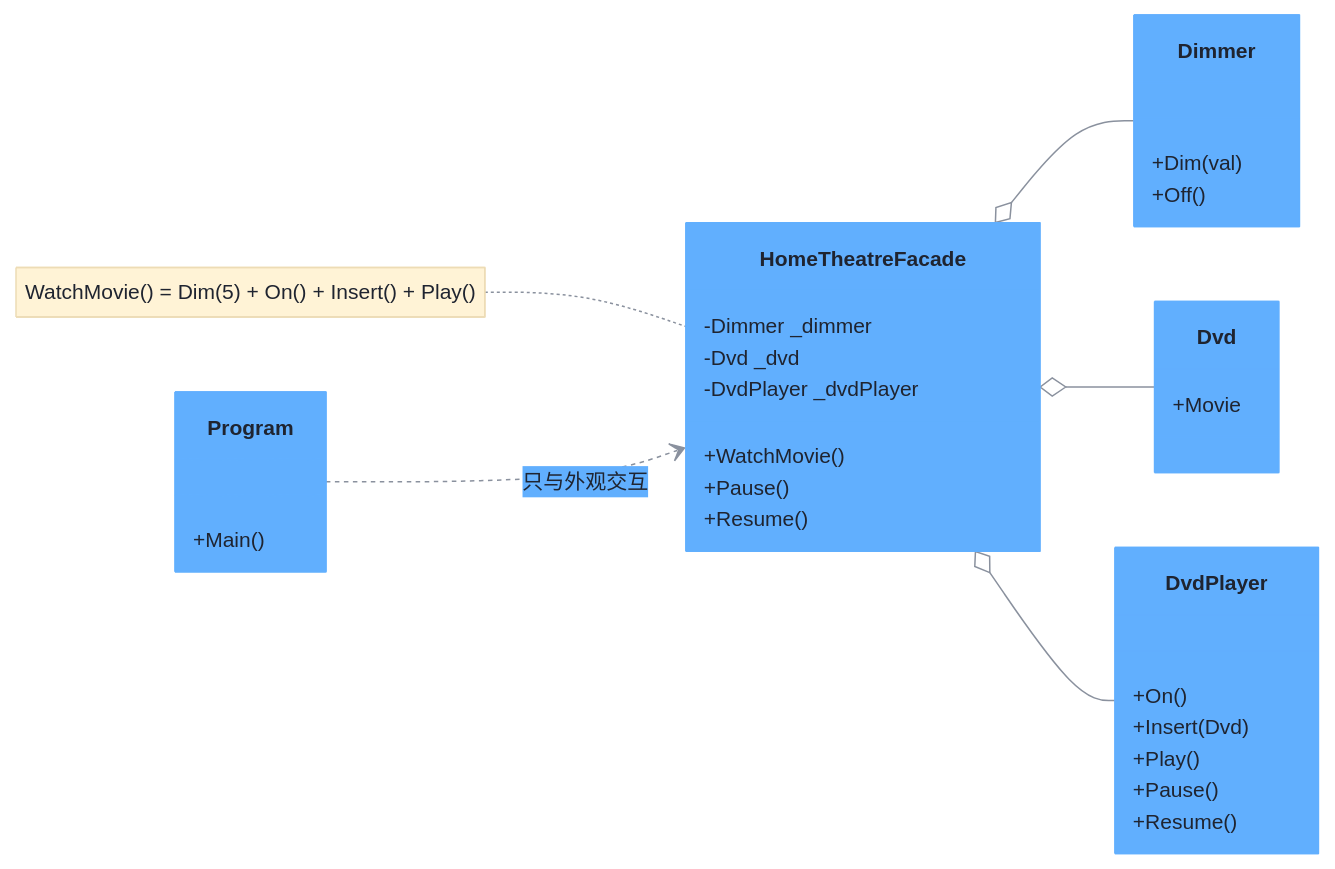
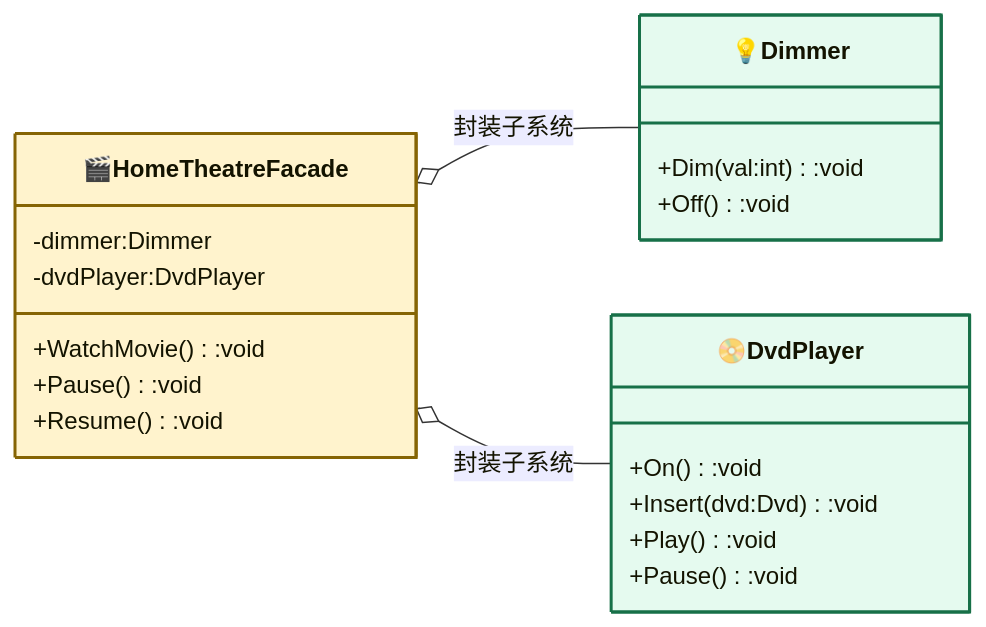
The diagram in FacadePattern/README.md (hollson/design_patterns), drawn with Mermaid before and after one commit. The commit also changed other lines of this file and 19 other files, not shown here.

Commit message:
docs: refactor mermaid diagrams to basic GoF model style for all 20 design patterns

````diff
--- a/FacadePattern/README.md
+++ b/FacadePattern/README.md
@@ -19,36 +30,30 @@
 ```mermaid
-%%{init: {"theme": "base", "themeVariables": {"primaryColor": "#61affe", "primaryTextColor": "#1f2430", "primaryBorderColor": "#61affe", "lineColor": "#8a919e", "secondaryColor": "#eaf2fb", "tertiaryColor": "#f5f7fa", "noteBkgColor": "#fff3d6", "noteTextColor": "#1f2430", "fontSize": "14px"}}}%%
+%%{init: {"classDiagram": {"useMarkdownLabels": true}} }%%
 classDiagram
     direction LR
-    class HomeTheatreFacade {
-        -Dimmer _dimmer
-        -Dvd _dvd
-        -DvdPlayer _dvdPlayer
-        +WatchMovie()
-        +Pause()
-        +Resume()
+
+    class Facade["🎬HomeTheatreFacade"]:::contextCls{
+        -dimmer:Dimmer
+        -dvdPlayer:DvdPlayer
+        +WatchMovie():void
+        +Pause():void
+        +Resume():void
     }
-    class Dimmer {
-        +Dim(val)
-        +Off()
+    class Subsystem1["💡Dimmer"]:::concreteCls{
+        +Dim(val:int):void
+        +Off():void
     }
-    class Dvd {
-        +Movie
-    }
-    class DvdPlayer {
-        +On()
-        +Insert(Dvd)
-        +Play()
-        +Pause()
-        +Resume()
-    }
-    class Program {
-        +Main()
+    class Subsystem2["📀DvdPlayer"]:::concreteCls{
+        +On():void
+        +Insert(dvd:Dvd):void
+        +Play():void
+        +Pause():void
     }
 
-    HomeTheatreFacade o-- Dimmer
-    HomeTheatreFacade o-- Dvd
-    HomeTheatreFacade o-- DvdPlayer
-    Program ..> HomeTheatreFacade : 只与外观交互
-    note for HomeTheatreFacade "WatchMovie() = Dim(5) + On() + Insert() + Play()"
+    Facade o-- Subsystem1 : 封装子系统
+    Facade o-- Subsystem2 : 封装子系统
+
+    classDef contextCls fill:#fff3cd,stroke:#856404,stroke-width:2px
+    classDef strategyCls fill:#f3e5ff,stroke:#6b2d91,stroke-width:2px
+    classDef concreteCls fill:#e5faef,stroke:#177048,stroke-width:2px
 ```
````
